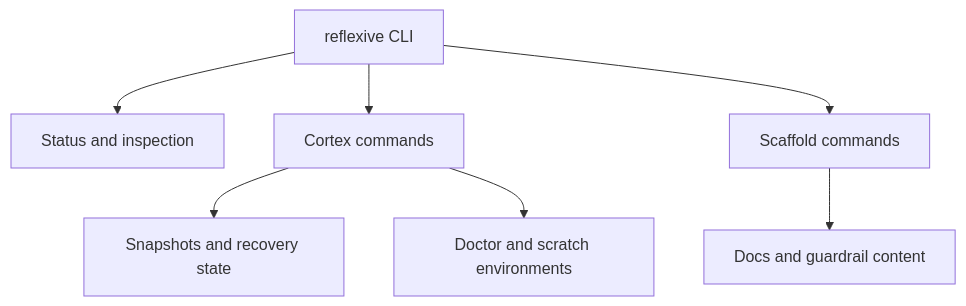
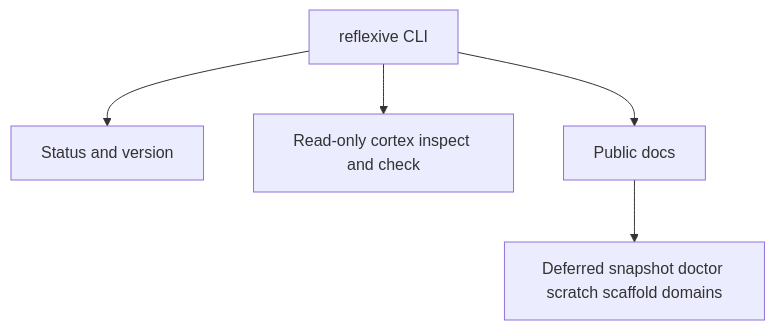
The diagram in docs/architecture.mmd (rohankhanna/reflexive), drawn with Mermaid before and after one commit. The commit also changed 6 other files, not shown here.

Commit message:
feat: add public read-only cortex inspection commands

```diff
--- a/docs/architecture.mmd
+++ b/docs/architecture.mmd
@@ -1,7 +1,5 @@
 flowchart TD
-    CLI[reflexive CLI] --> STATUS[Status and inspection]
-    CLI --> CORTEX[Cortex commands]
-    CLI --> SCAFFOLD[Scaffold commands]
-    CORTEX --> SNAPSHOTS[Snapshots and recovery state]
-    CORTEX --> ENV[Doctor and scratch environments]
-    SCAFFOLD --> DOCS[Docs and guardrail content]
+    CLI[reflexive CLI] --> STATUS[Status and version]
+    CLI --> INSPECT[Read-only cortex inspect and check]
+    CLI --> DOCS[Public docs]
+    DOCS --> FUTURE[Deferred snapshot doctor scratch scaffold domains]
```
